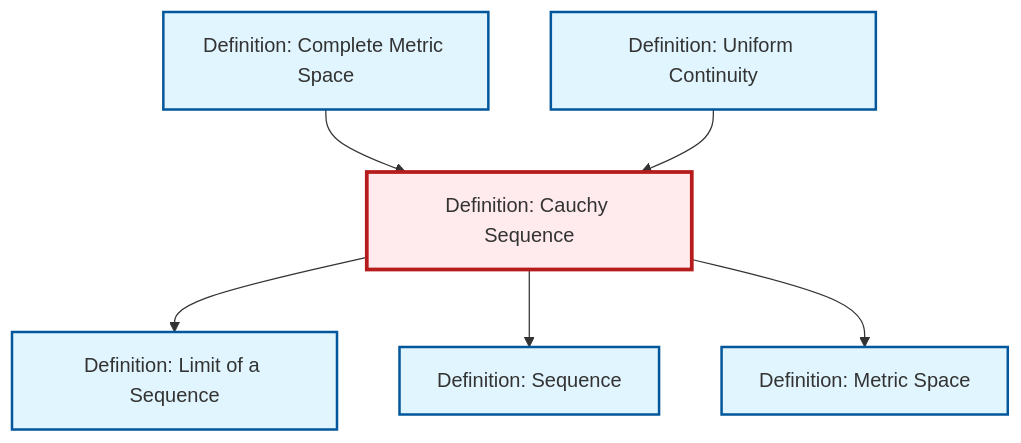
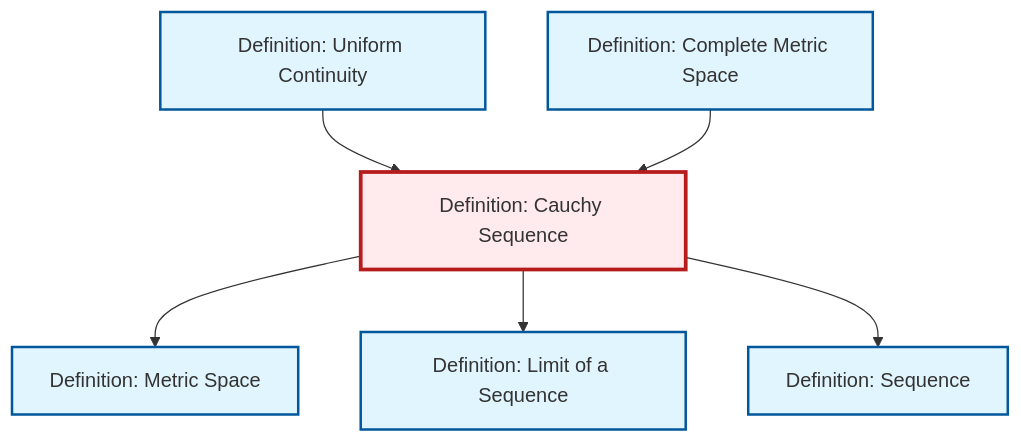
The diagram in output/mermaid/def-cauchy-sequence.mermaid (RK0429/ModernMath), drawn with Mermaid before and after one commit. The commit also changed other lines of this file and 654 other files, not shown here.

```diff
--- a/output/mermaid/def-cauchy-sequence.mermaid
+++ b/output/mermaid/def-cauchy-sequence.mermaid
@@ -1,19 +1,19 @@
 %%| fig-cap: "Local dependency graph"
 graph TD
     classDef definition fill:#e1f5fe,stroke:#01579b,stroke-width:2px
     classDef theorem fill:#f3e5f5,stroke:#4a148c,stroke-width:2px
     classDef axiom fill:#fff3e0,stroke:#e65100,stroke-width:2px
     classDef example fill:#e8f5e9,stroke:#1b5e20,stroke-width:2px
     classDef current fill:#ffebee,stroke:#b71c1c,stroke-width:3px
+    def-metric-space["Definition: Metric Space"]:::definition
+    def-cauchy-sequence["Definition: Cauchy Sequence"]:::definition
+    def-complete-metric-space["Definition: Complete Metric Space"]:::definition
+    def-limit["Definition: Limit of a Sequence"]:::definition
     def-sequence["Definition: Sequence"]:::definition
-    def-cauchy-sequence["Definition: Cauchy Sequence"]:::definition
-    def-metric-space["Definition: Metric Space"]:::definition
     def-uniform-continuity["Definition: Uniform Continuity"]:::definition
-    def-limit["Definition: Limit of a Sequence"]:::definition
-    def-complete-metric-space["Definition: Complete Metric Space"]:::definition
+    def-uniform-continuity --> def-cauchy-sequence
+    def-complete-metric-space --> def-cauchy-sequence
+    def-cauchy-sequence --> def-metric-space
     def-cauchy-sequence --> def-limit
-    def-complete-metric-space --> def-cauchy-sequence
     def-cauchy-sequence --> def-sequence
-    def-cauchy-sequence --> def-metric-space
-    def-uniform-continuity --> def-cauchy-sequence
     class def-cauchy-sequence current
```
